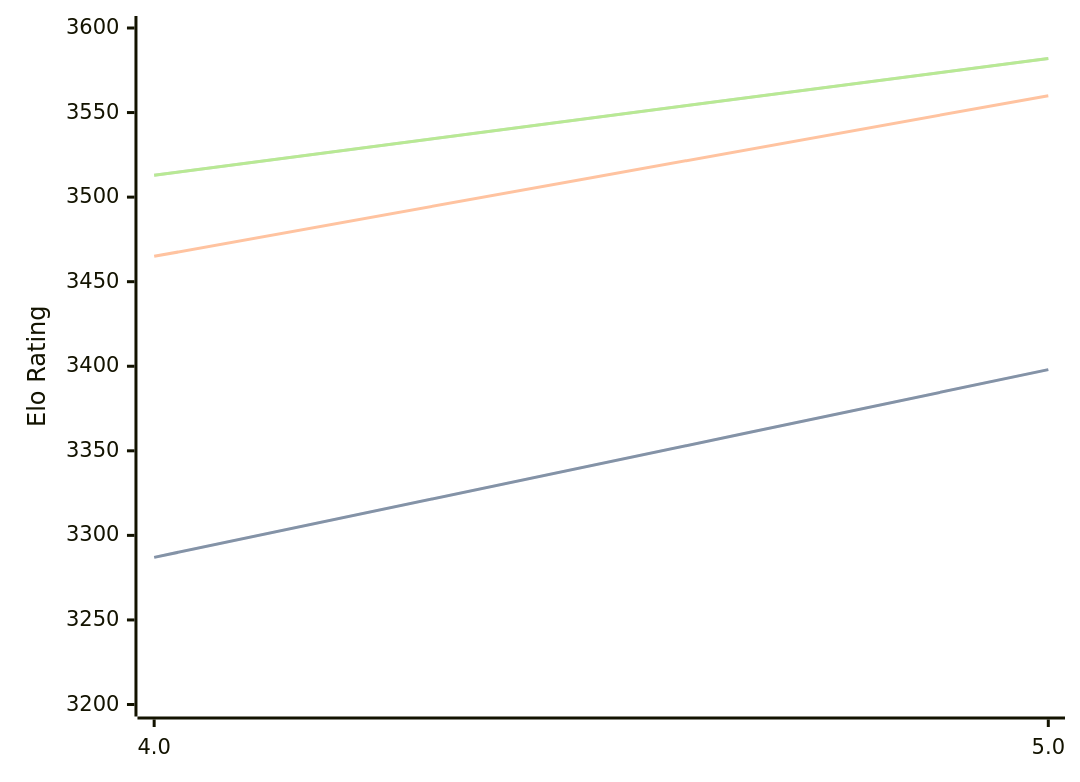
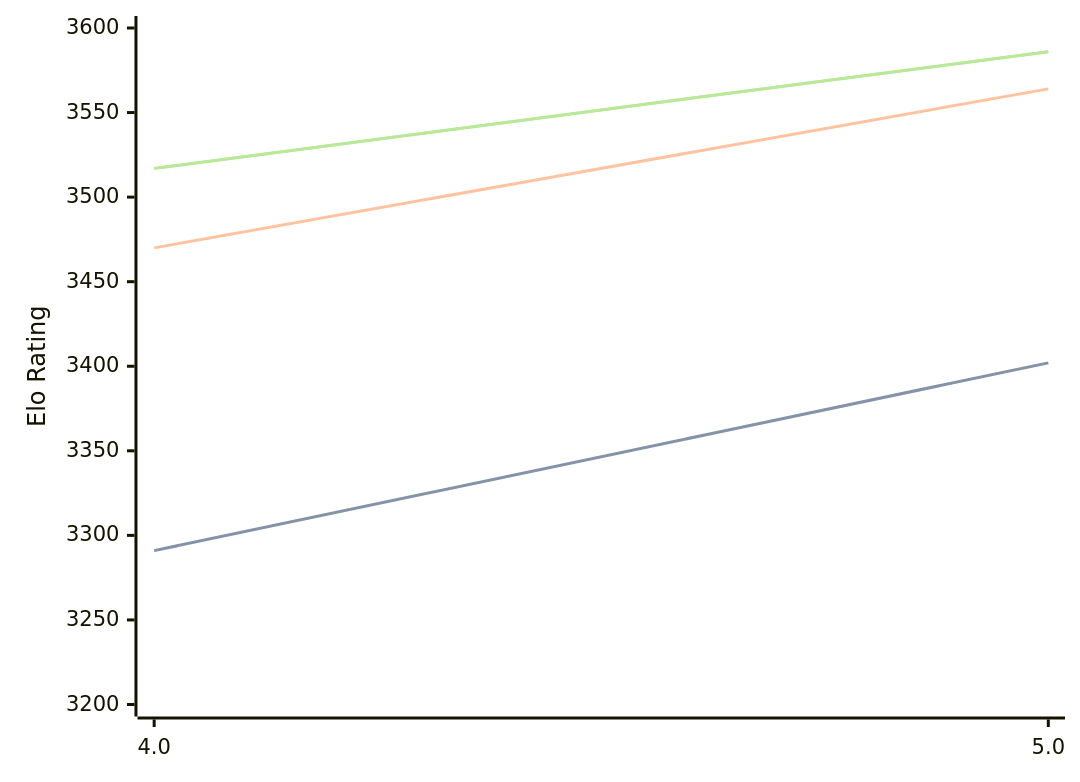
One commit to computer-chess-index/cci changed the diagram in engines/Tarnished.md. Above: the diagram before and after it, drawn with Mermaid. The commit also changed other lines of this file, not shown here.

Commit message:
Update CCI Ratings (ELO VLTC) - 2026-04-18

````diff
--- a/engines/Tarnished.md
+++ b/engines/Tarnished.md
@@ -36,11 +36,11 @@
 ```mermaid
 %%{init: {"theme":"base","themeVariables":{"seriesColors:['#a3a3a3','#222221','#faa371']}}}%%
 xychart-beta
   x-axis ["4.0", "5.0"]
   y-axis "Elo Rating" 3200 --> 3600
-  line "STC (8.0+0.08s)" [3287, 3398]
-  line "STC (8.0+0.08s)" [3287, 3398]
-  line "LTC (60.0+0.60s)" [3465, 3560]
-  line "VLTC (2m24s+1.12s)" [3513, 3582]
-  line "VLTC (2m24s+1.12s)" [3513, 3582]
+  line "STC (8.0+0.08s)" [3291, 3402]
+  line "STC (8.0+0.08s)" [3291, 3402]
+  line "LTC (60.0+0.60s)" [3470, 3564]
+  line "VLTC (2m24s+1.12s)" [3517, 3586]
+  line "VLTC (2m24s+1.12s)" [3517, 3586]
 ```
````
